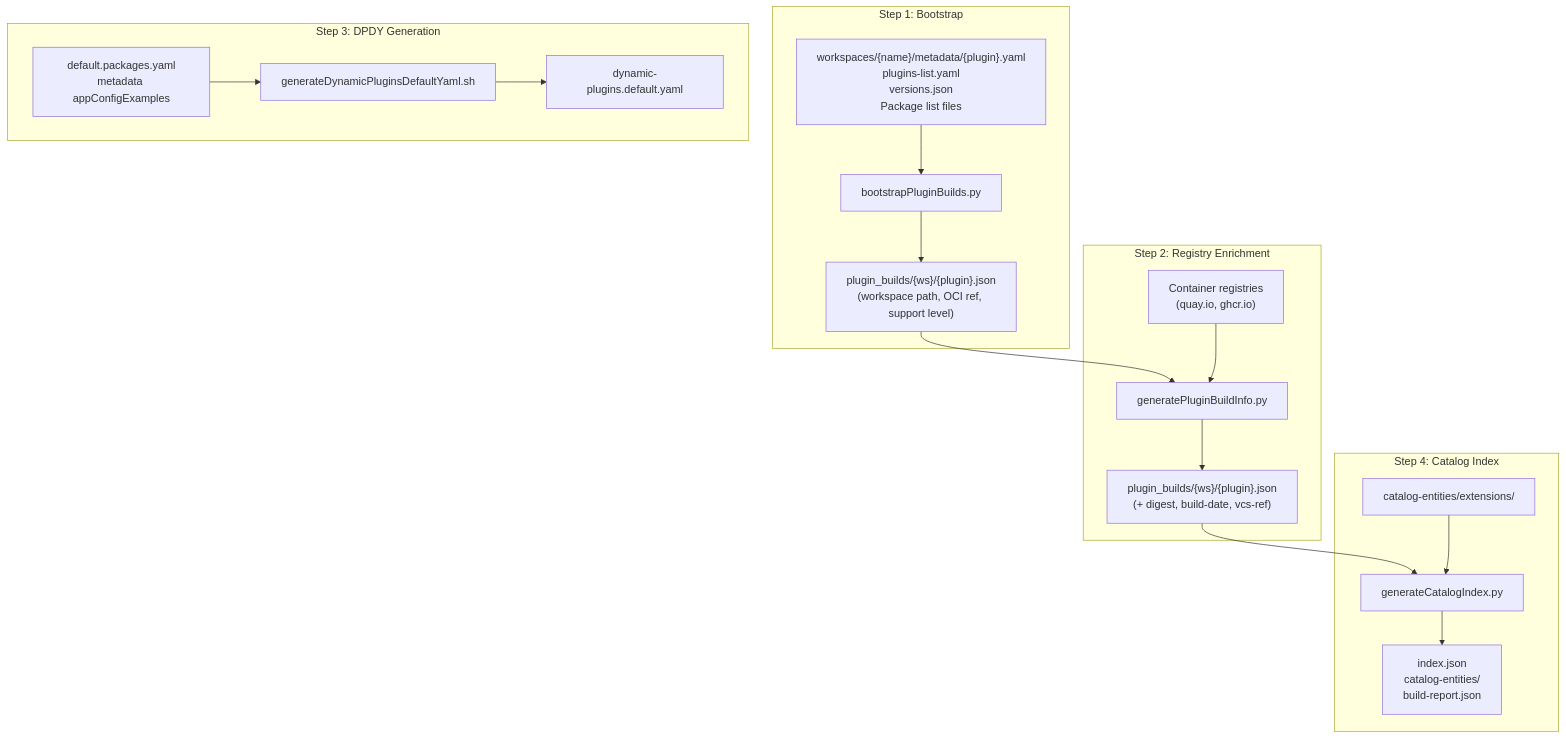
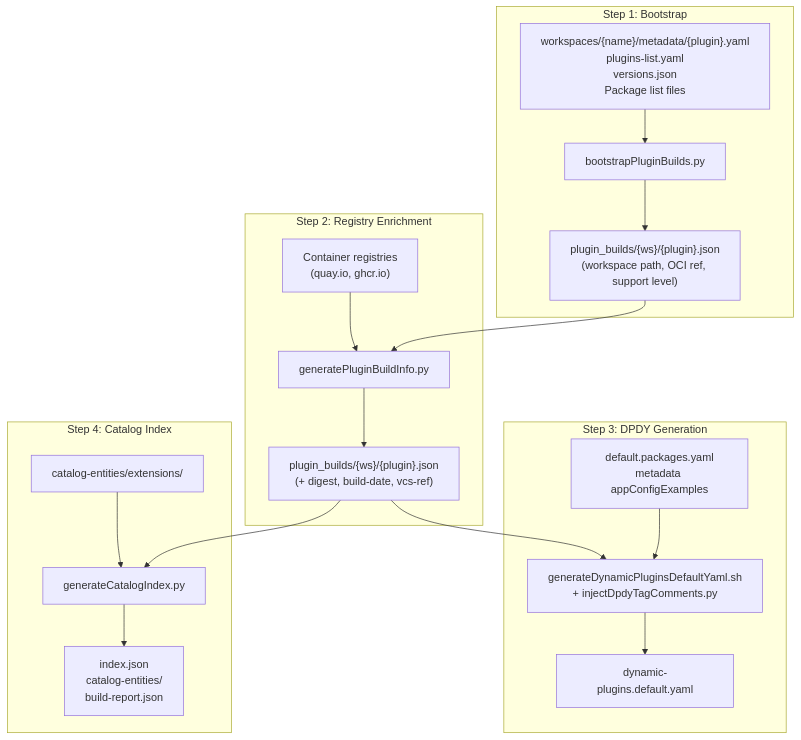
The second of 2 diagrams in user-guide/07-plugin-catalog-index.md (redhat-developer/rhdh-plugin-export-overlays), drawn with Mermaid before and after one commit. The commit also changed other lines of this file and 3 other files, not shown here.

````diff
--- a/user-guide/07-plugin-catalog-index.md
+++ b/user-guide/07-plugin-catalog-index.md
@@ -53,32 +53,34 @@
 ```mermaid
 flowchart TB
     subgraph "Step 1: Bootstrap"
         S1_IN["workspaces/{name}/metadata/{plugin}.yaml<br/>plugins-list.yaml<br/>versions.json<br/>Package list files"]
         S1["bootstrapPluginBuilds.py"]
         S1_OUT["plugin_builds/{ws}/{plugin}.json<br/>(workspace path, OCI ref, support level)"]
         S1_IN --> S1 --> S1_OUT
     end
 
     subgraph "Step 2: Registry Enrichment"
         S2["generatePluginBuildInfo.py"]
         S2_OUT["plugin_builds/{ws}/{plugin}.json<br/>(+ digest, build-date, vcs-ref)"]
         S1_OUT --> S2
         REG["Container registries<br/>(quay.io, ghcr.io)"] --> S2
         S2 --> S2_OUT
     end
 
     subgraph "Step 3: DPDY Generation"
         S3_IN["default.packages.yaml<br/>metadata appConfigExamples"]
-        S3["generateDynamicPluginsDefaultYaml.sh"]
+        S3["generateDynamicPluginsDefaultYaml.sh<br/>+ injectDpdyTagComments.py"]
         S3_OUT["dynamic-plugins.default.yaml"]
-        S3_IN --> S3 --> S3_OUT
+        S3_IN --> S3
+        S2_OUT --> S3
+        S3 --> S3_OUT
     end
 
     subgraph "Step 4: Catalog Index"
         S4["generateCatalogIndex.py"]
         S4_OUT["index.json<br/>catalog-entities/<br/>build-report.json"]
         S2_OUT --> S4
         CATS2["catalog-entities/extensions/"] --> S4
         S4 --> S4_OUT
     end
 ```
````
